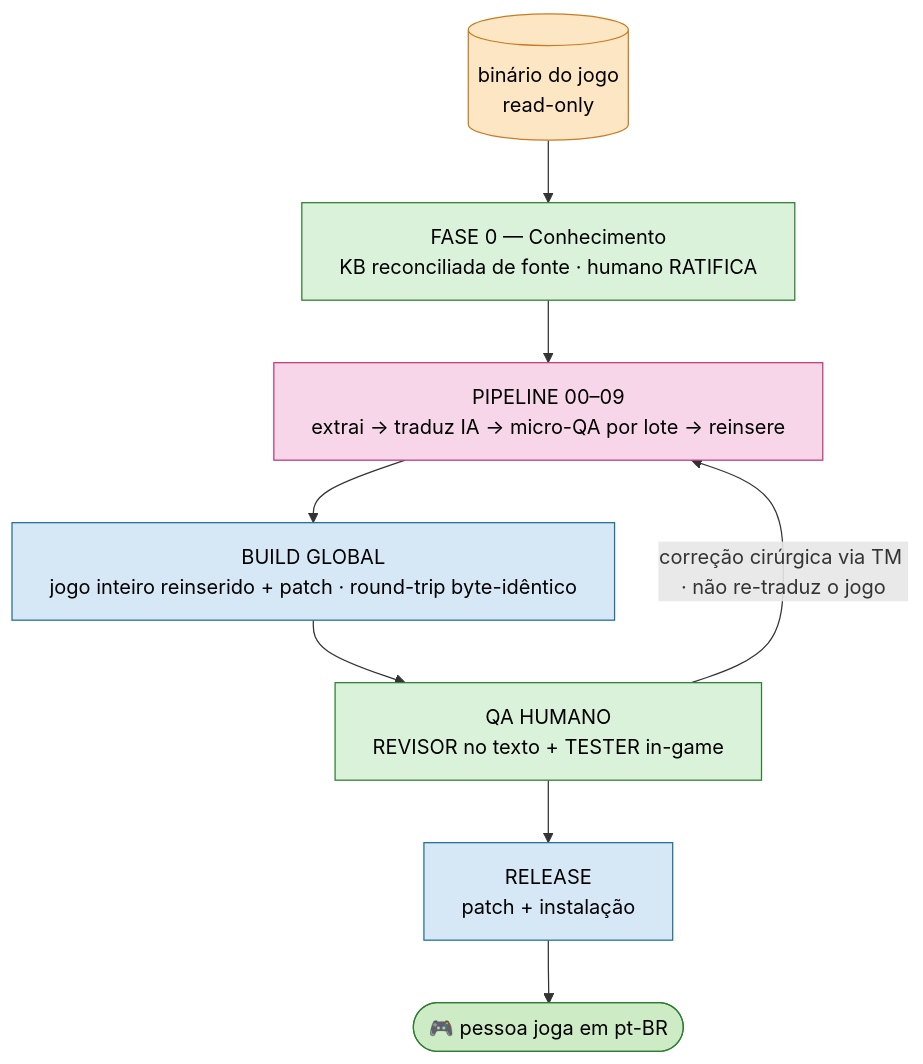
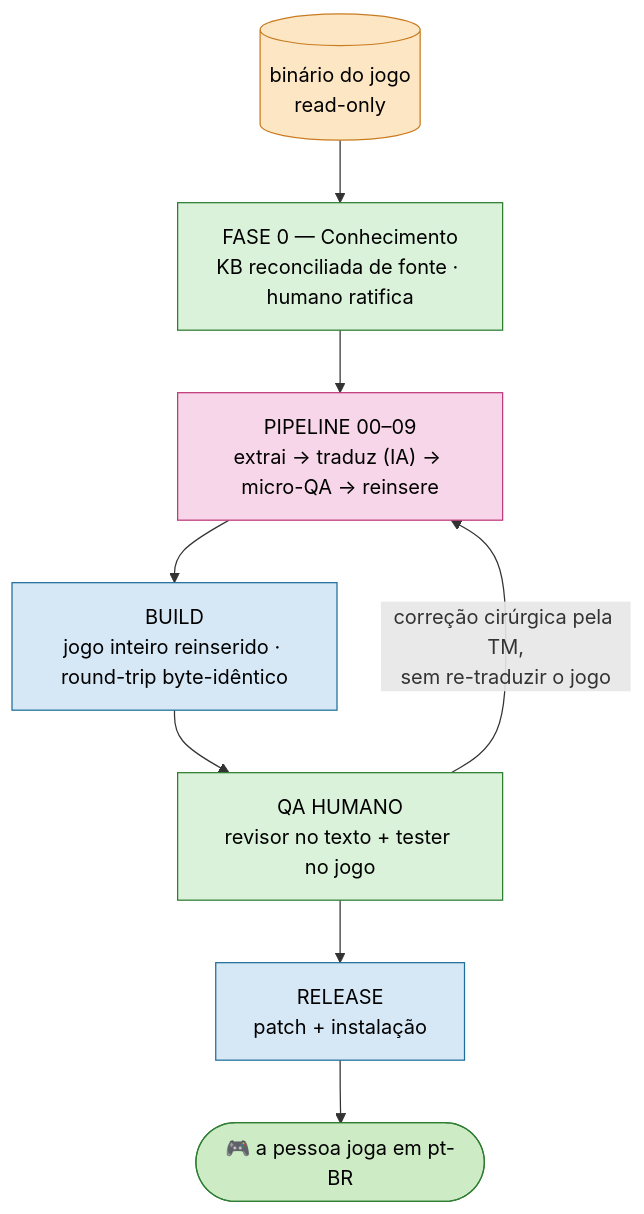
One commit to scudellerlemos/translation-cognition-framework changed the third of 3 diagrams in README.md. Above: the diagram before and after it, drawn with Mermaid. The commit also changed other lines of this file and 8 other files, not shown here.

Commit message:
docs(readme): reescreve os 9 READMEs com C4 em mermaid

````diff
--- a/README.md
+++ b/README.md
@@ -279,17 +89,16 @@
 ```mermaid
-%%{init: {'flowchart': {'wrappingWidth': 520}}}%%
 flowchart TB
   bin[("binário do jogo<br/>read-only")]:::sta
-  bin --> f0["FASE 0 — Conhecimento<br/>KB reconciliada de fonte · humano RATIFICA"]:::val
-  f0 --> pipe["PIPELINE 00–09<br/>extrai → traduz IA → micro-QA por lote → reinsere"]:::cog
-  pipe --> build["BUILD GLOBAL<br/>jogo inteiro reinserido + patch · round-trip byte-idêntico"]:::exe
-  build --> qa["QA HUMANO<br/>REVISOR no texto + TESTER in-game"]:::val
-  qa -->|"correção cirúrgica via TM · não re-traduz o jogo"| pipe
+  bin --> f0["FASE 0 — Conhecimento<br/>KB reconciliada de fonte · humano ratifica"]:::val
+  f0 --> pipe["PIPELINE 00–09<br/>extrai → traduz (IA) → micro-QA → reinsere"]:::cog
+  pipe --> build["BUILD<br/>jogo inteiro reinserido · round-trip byte-idêntico"]:::exe
+  build --> qa["QA HUMANO<br/>revisor no texto + tester no jogo"]:::val
+  qa -->|"correção cirúrgica pela TM,<br/>sem re-traduzir o jogo"| pipe
   qa --> rel["RELEASE<br/>patch + instalação"]:::exe
-  rel --> play(["🎮 pessoa joga em pt-BR"]):::good
+  rel --> play(["🎮 a pessoa joga em pt-BR"]):::good
   classDef cog fill:#f6d6e8,stroke:#c0397b,color:#000;
   classDef sta fill:#fde6c4,stroke:#c97b1f,color:#000;
   classDef exe fill:#d6e8f6,stroke:#1f6f9b,color:#000;
   classDef val fill:#d9f2d9,stroke:#2e7d32,color:#000;
   classDef good fill:#cdebc5,stroke:#2e7d32,color:#000;
 ```
````
